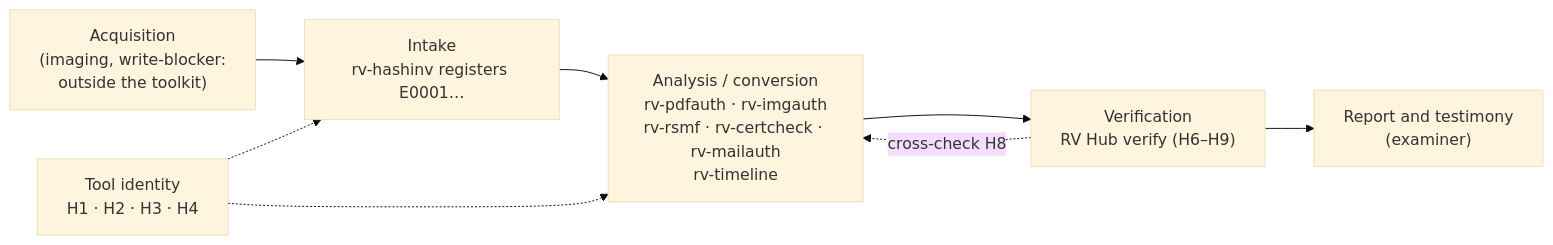
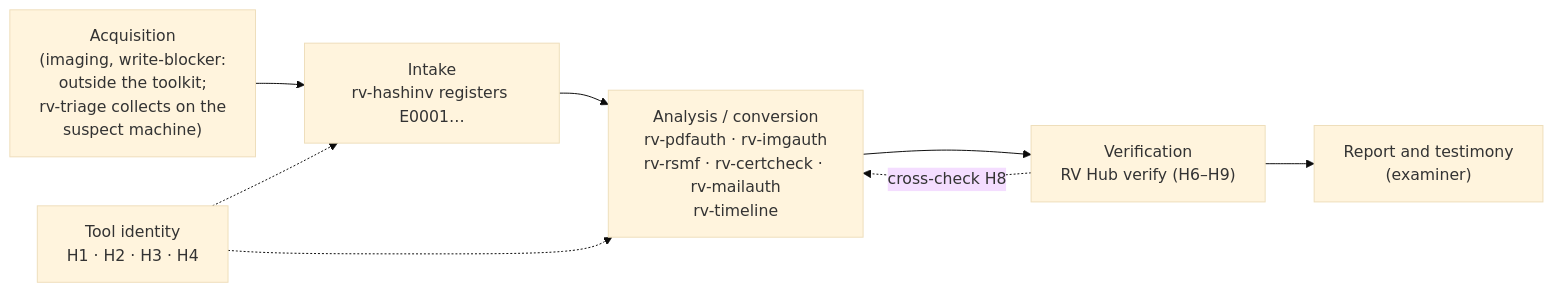
The diagram in docs/admissibility.md (Panacota96/rv-hub), drawn with Mermaid (base theme) before and after one commit. The commit also changed 23 other files, not shown here.

````diff
--- a/docs/admissibility.md
+++ b/docs/admissibility.md
@@ -83,10 +83,10 @@
 ```mermaid
 flowchart LR
-    A["Acquisition<br/>(imaging, write-blocker:<br/>outside the toolkit)"] --> B["Intake<br/>rv-hashinv registers E0001…"]
+    A["Acquisition<br/>(imaging, write-blocker:<br/>outside the toolkit;<br/>rv-triage collects on the<br/>suspect machine)"] --> B["Intake<br/>rv-hashinv registers E0001…"]
     B --> C["Analysis / conversion<br/>rv-pdfauth · rv-imgauth<br/>rv-rsmf · rv-certcheck · rv-mailauth<br/>rv-timeline"]
     C --> D["Verification<br/>RV Hub verify (H6–H9)"]
     D --> E["Report and testimony<br/>(examiner)"]
     T["Tool identity<br/>H1 · H2 · H3 · H4"] -.-> B
     T -.-> C
     D -. "cross-check H8" .-> C
 ```
````
